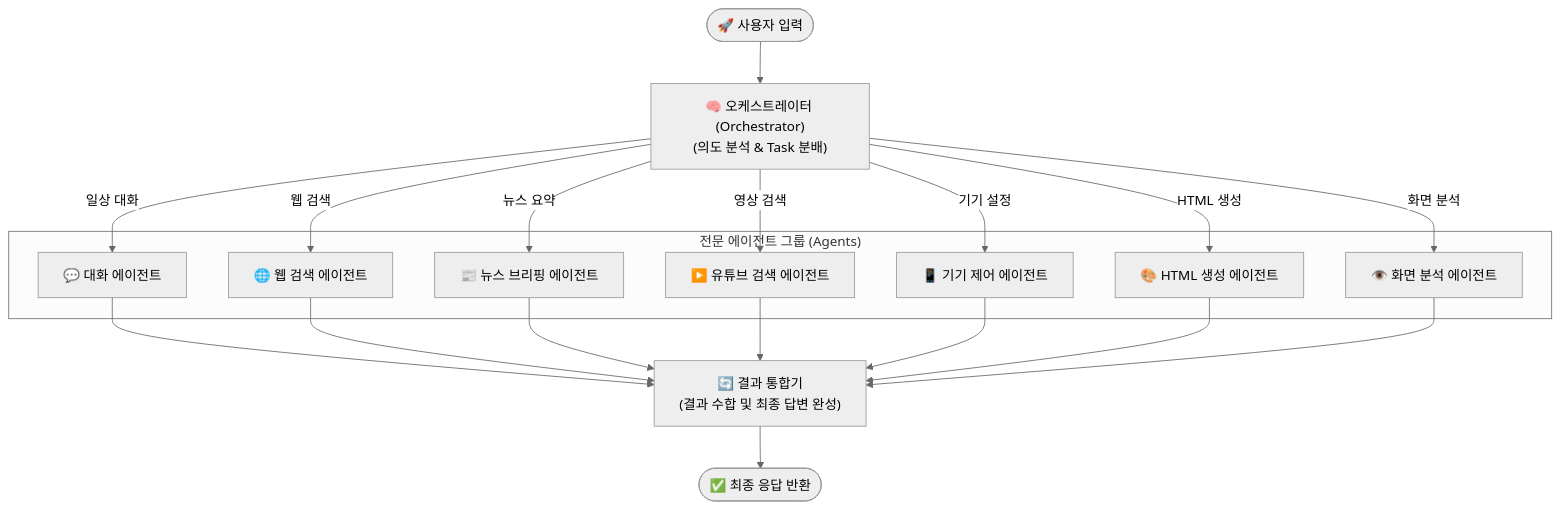
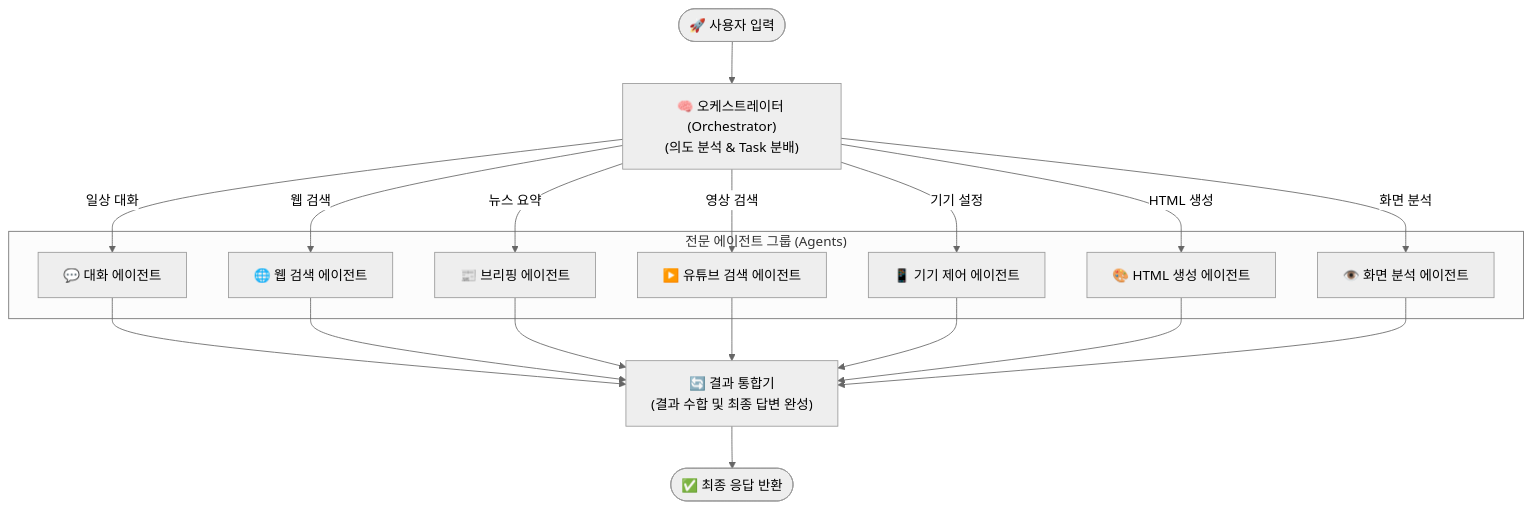
The first of 3 diagrams in README.md (shyunMin/tizen-home-agent), drawn with Mermaid (neutral theme) before and after one commit. The commit also changed other lines of this file, not shown here.

Commit message:
Rename News Briefing Agent to Briefing Agent in README

````diff
--- a/README.md
+++ b/README.md
@@ -18,32 +18,32 @@
 ```mermaid
 graph TD
     START([🚀 사용자 입력]) --> Orchestrator["🧠 오케스트레이터 (Orchestrator)\n(의도 분석 & Task 분배)"]
     
     subgraph Agents ["전문 에이전트 그룹 (Agents)"]
         ChatAgent["💬 대화 에이전트"]
         WebSearchAgent["🌐 웹 검색 에이전트"]
-        BriefingAgent["📰 뉴스 브리핑 에이전트"]
+        BriefingAgent["📰 브리핑 에이전트"]
         YouTubeAgent["▶️ 유튜브 검색 에이전트"]
         DeviceAgent["📱 기기 제어 에이전트"]
         HTMLGenAgent["🎨 HTML 생성 에이전트"]
         VisionAgent["👁️ 화면 분석 에이전트"]
     end
     
     Orchestrator -->|일상 대화| ChatAgent
     Orchestrator -->|웹 검색| WebSearchAgent
     Orchestrator -->|뉴스 요약| BriefingAgent
     Orchestrator -->|영상 검색| YouTubeAgent
     Orchestrator -->|기기 설정| DeviceAgent
     Orchestrator -->|HTML 생성| HTMLGenAgent
     Orchestrator -->|화면 분석| VisionAgent
     
     ChatAgent --> ResultIntegrator
     WebSearchAgent --> ResultIntegrator
     BriefingAgent --> ResultIntegrator
     YouTubeAgent --> ResultIntegrator
     DeviceAgent --> ResultIntegrator
     HTMLGenAgent --> ResultIntegrator
     VisionAgent --> ResultIntegrator
     
     ResultIntegrator["🔄 결과 통합기\n(결과 수합 및 최종 답변 완성)"] --> END([✅ 최종 응답 반환])
 ```
````
